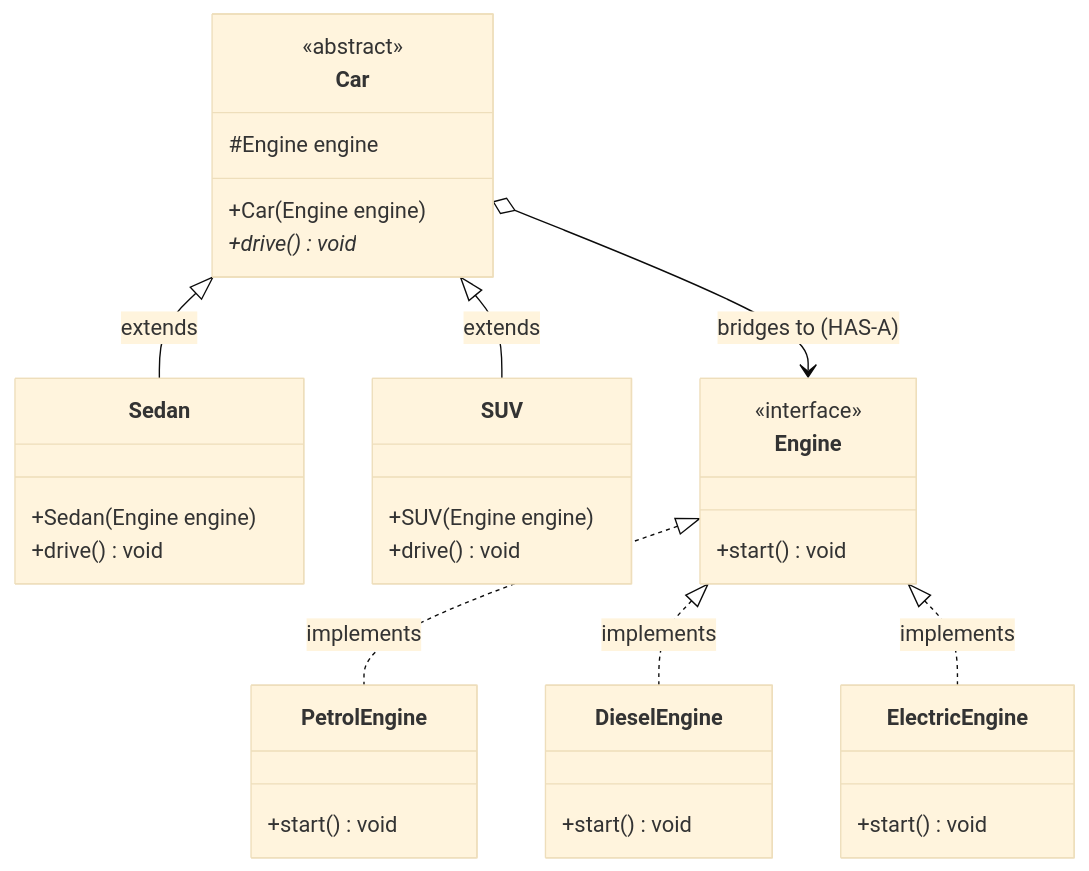
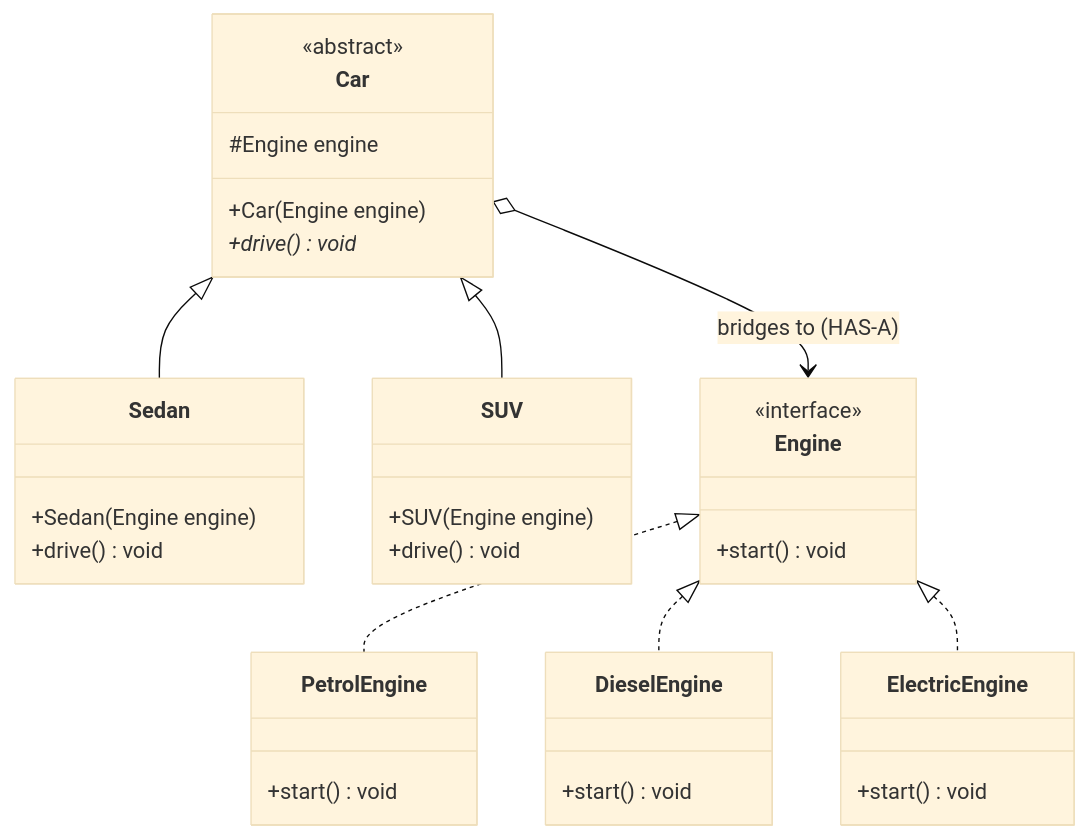
One commit to rohithgowda18/Notes changed the diagram in 04-OOPs-and-Design-Patterns/03-Design-Patterns/25-Bridge-Pattern.md. Above: the diagram before and after it, drawn with Mermaid (base theme). The commit also changed other lines of this file and 17 other files, not shown here.

````diff
--- a/04-OOPs-and-Design-Patterns/03-Design-Patterns/25-Bridge-Pattern.md
+++ b/04-OOPs-and-Design-Patterns/03-Design-Patterns/25-Bridge-Pattern.md
@@ -63,43 +55,34 @@
 ```mermaid
 classDiagram
     class Car {
         <<abstract>>
         #Engine engine
         +Car(Engine engine)
         +drive()* void
     }
 
     class Sedan {
         +Sedan(Engine engine)
         +drive() void
     }
-
     class SUV {
         +SUV(Engine engine)
         +drive() void
     }
 
     class Engine {
         <<interface>>
         +start() void
     }
 
-    class PetrolEngine {
-        +start() void
-    }
+    class PetrolEngine { +start() void }
+    class DieselEngine { +start() void }
+    class ElectricEngine { +start() void }
 
-    class DieselEngine {
-        +start() void
-    }
-
-    class ElectricEngine {
-        +start() void
-    }
-
-    Car <|-- Sedan : extends
-    Car <|-- SUV : extends
+    Car <|-- Sedan
+    Car <|-- SUV
     Car o--> Engine : bridges to (HAS-A)
-    Engine <|.. PetrolEngine : implements
-    Engine <|.. DieselEngine : implements
-    Engine <|.. ElectricEngine : implements
+    Engine <|.. PetrolEngine
+    Engine <|.. DieselEngine
+    Engine <|.. ElectricEngine
 ```
````
